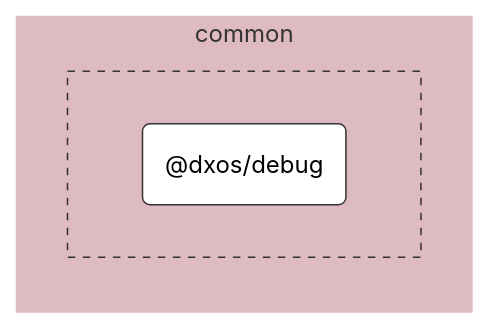
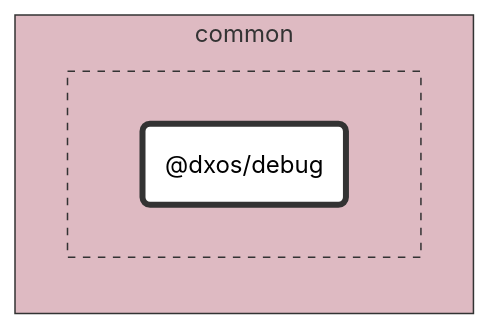
Before and after one commit to dxos/dxos: the diagram in packages/common/debug/docs/README.md, drawn with Mermaid (neutral theme). The commit also changed 89 other files, not shown here.

````diff
--- a/packages/common/debug/docs/README.md
+++ b/packages/common/debug/docs/README.md
@@ -7,24 +7,24 @@
 ```mermaid
 %%{ init: {'flowchart':{'curve':'basis'}} }%%
 
 flowchart LR
 
 %% Classes
 classDef def fill:#fff,stroke:#333,stroke-width:1px
 classDef root fill:#fff,stroke:#333,stroke-width:4px
 
 %% Nodes
 
 subgraph common [common]
-  style common fill:#debac2,stroke:#fff
+  style common fill:#debac2,stroke:#333
 
-  subgraph common-excluded [ ]
-    style common-excluded fill:#debac2,stroke:#333,stroke-dasharray:5 5
-    dxos/debug("@dxos/debug"):::def
+  subgraph _ [ ]
+    style _ fill:#debac2,stroke:#333,stroke-dasharray:5 5
+    dxos/debug("@dxos/debug"):::root
     click dxos/debug "dxos/dxos/tree/main/packages/common/debug/docs"
   end
 end
 
 %% Links
 linkStyle default stroke:#333,stroke-width:1px
 ```
````
